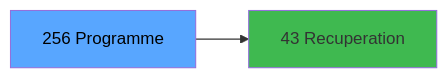
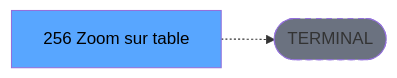
Before and after one commit to thonyAGP/lecteur-magic: the third of 3 diagrams in .openspec/specs/ADH-IDE-256.md, drawn with Mermaid. The commit also changed other lines of this file and 701 other files, not shown here.

````diff
--- a/.openspec/specs/ADH-IDE-256.md
+++ b/.openspec/specs/ADH-IDE-256.md
@@ -145,8 +134,8 @@
 ```mermaid
 graph LR
-    T[256 Programme]
-    C43[43 Recuperation]
-    T --> C43
+    T[256 Zoom sur table ]
+    TERM([TERMINAL])
+    T -.-> TERM
+    style TERM fill:#6b7280,stroke-dasharray: 5 5
     style T fill:#58a6ff,color:#000
-    style C43 fill:#3fb950
 ```
````
